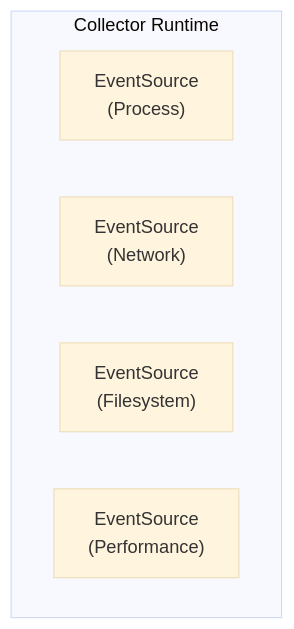
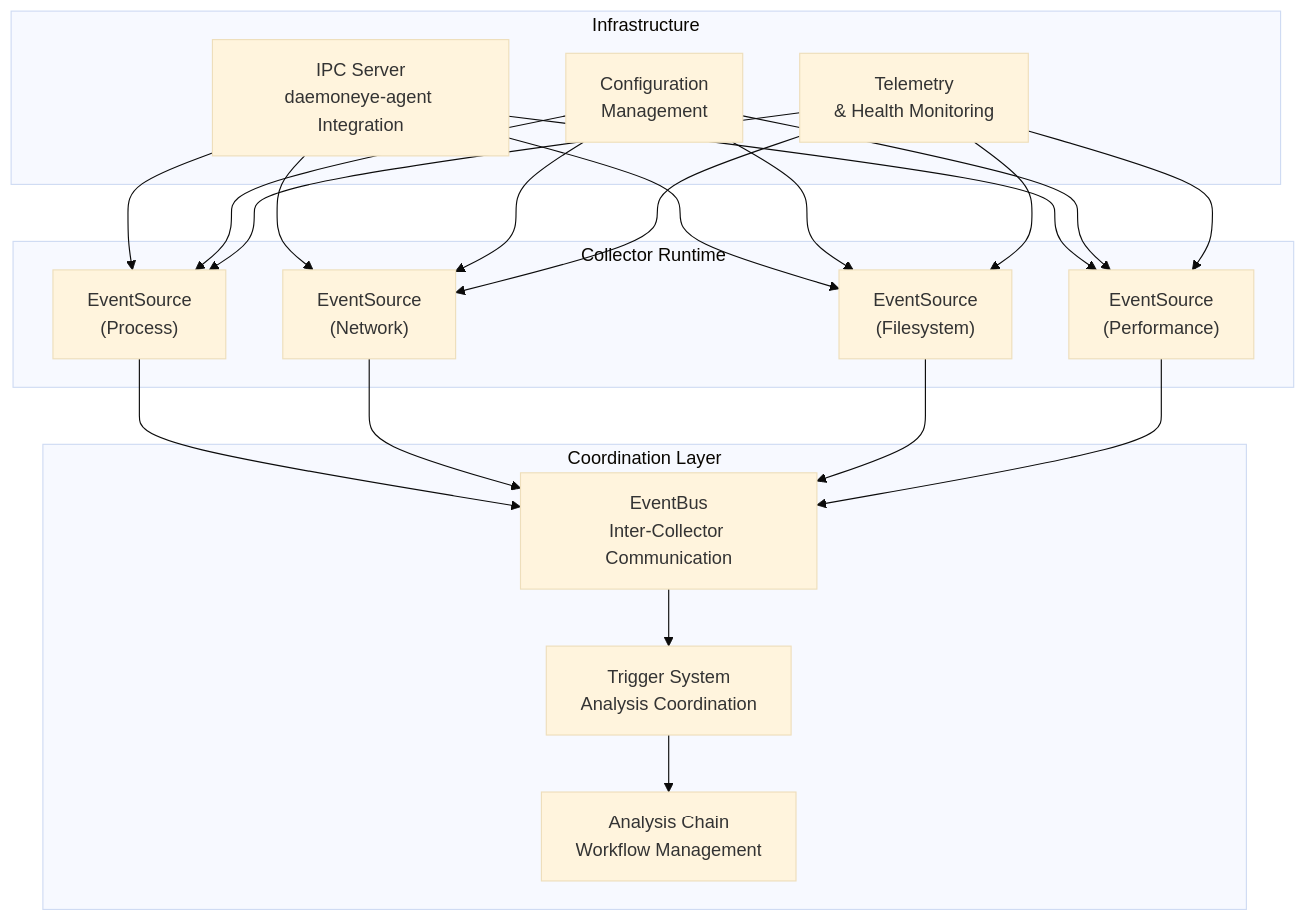
Before and after one commit to EvilBit-Labs/DaemonEye: the diagram in collector-core/README.md, drawn with Mermaid (base theme). The commit also changed other lines of this file and 260 other files, not shown here.

````diff
--- a/collector-core/README.md
+++ b/collector-core/README.md
@@ -19,9 +19,44 @@
 ```mermaid
 flowchart TB
     subgraph "Collector Runtime"
         A["EventSource<br/>(Process)"]
         B["EventSource<br/>(Network)"]
         C["EventSource<br/>(Filesystem)"]
         D["EventSource<br/>(Performance)"]
     end
+
+    subgraph "Coordination Layer"
+        E["EventBus<br/>Inter-Collector Communication"]
+        F["Trigger System<br/>Analysis Coordination"]
+        G["Analysis Chain<br/>Workflow Management"]
+    end
+
+    subgraph "Infrastructure"
+        H["IPC Server<br/>daemoneye-agent Integration"]
+        I["Configuration<br/>Management"]
+        J["Telemetry<br/>& Health Monitoring"]
+    end
+
+    A --> E
+    B --> E
+    C --> E
+    D --> E
+
+    E --> F
+    F --> G
+
+    H --> A
+    H --> B
+    H --> C
+    H --> D
+
+    I --> A
+    I --> B
+    I --> C
+    I --> D
+
+    J --> A
+    J --> B
+    J --> C
+    J --> D
 ```
````
